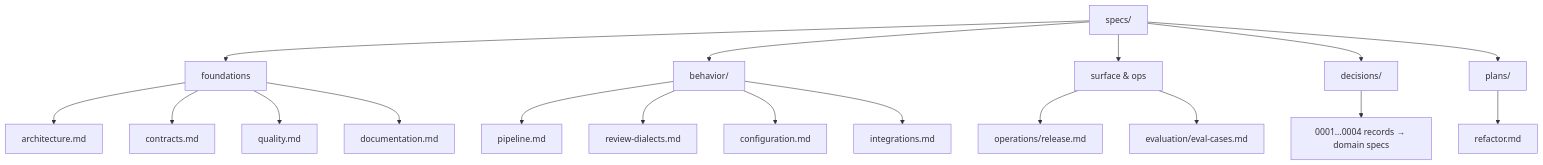
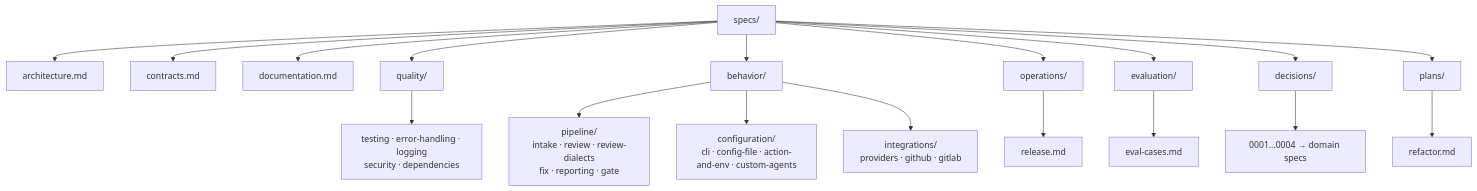
Before and after one commit to eggai-tech/qualops: the diagram in specs/README.md, drawn with Mermaid. The commit also changed other lines of this file and 32 other files, not shown here.

````diff
--- a/specs/README.md
+++ b/specs/README.md
@@ -17,20 +19,20 @@
 ```mermaid
 flowchart TD
-  R[specs/] --> F[foundations]
+  R[specs/] --> A[architecture.md]
+  R --> C[contracts.md]
+  R --> DOC[documentation.md]
+  R --> Q[quality/]
   R --> B[behavior/]
-  R --> S[surface & ops]
+  R --> O[operations/]
+  R --> E[evaluation/]
   R --> D[decisions/]
   R --> P[plans/]
-  F --> A[architecture.md]
-  F --> C[contracts.md]
-  F --> Q[quality.md]
-  F --> DOC[documentation.md]
-  B --> BP[pipeline.md]
-  B --> BD[review-dialects.md]
-  B --> BC[configuration.md]
-  B --> BI[integrations.md]
-  S --> OR[operations/release.md]
-  S --> EV[evaluation/eval-cases.md]
-  D --> DL[0001…0004 records → domain specs]
-  P --> PR[refactor.md]
+  Q --> Qf[testing · error-handling · logging<br/>security · dependencies]
+  B --> BP[pipeline/<br/>intake · review · review-dialects<br/>fix · reporting · gate]
+  B --> BC[configuration/<br/>cli · config-file · action-and-env · custom-agents]
+  B --> BI[integrations/<br/>providers · github · gitlab]
+  O --> Of[release.md]
+  E --> Ef[eval-cases.md]
+  D --> Df[0001…0004 → domain specs]
+  P --> Pf[refactor.md]
 ```
````
